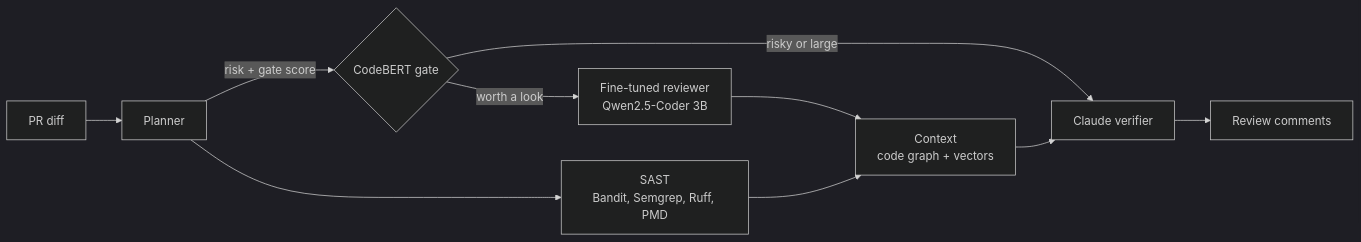
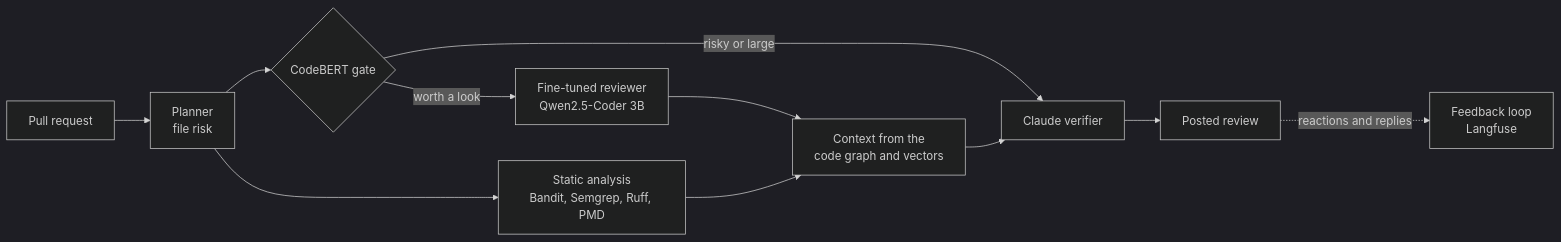
The diagram in README.md (ManvGit17/prism), drawn with Mermaid (dark theme) before and after one commit. The commit also changed other lines of this file and 42 other files, not shown here.

````diff
--- a/README.md
+++ b/README.md
@@ -41,12 +63,13 @@
 ```mermaid
 flowchart LR
-    D[PR diff] --> P[Planner]
-    P -->|risk + gate score| G{CodeBERT gate}
+    D[Pull request] --> P[Planner<br/>file risk]
+    P --> G{CodeBERT gate}
     G -->|worth a look| R[Fine-tuned reviewer<br/>Qwen2.5-Coder 3B]
     G -->|risky or large| C
-    P --> S[SAST<br/>Bandit, Semgrep, Ruff, PMD]
-    R --> X[Context<br/>code graph + vectors]
+    P --> S[Static analysis<br/>Bandit, Semgrep, Ruff, PMD]
+    R --> X[Context from the<br/>code graph and vectors]
     S --> X
     X --> C[Claude verifier]
-    C --> A[Review comments]
+    C --> A[Posted review]
+    A -. reactions and replies .-> F[Feedback loop<br/>Langfuse]
 ```
````
